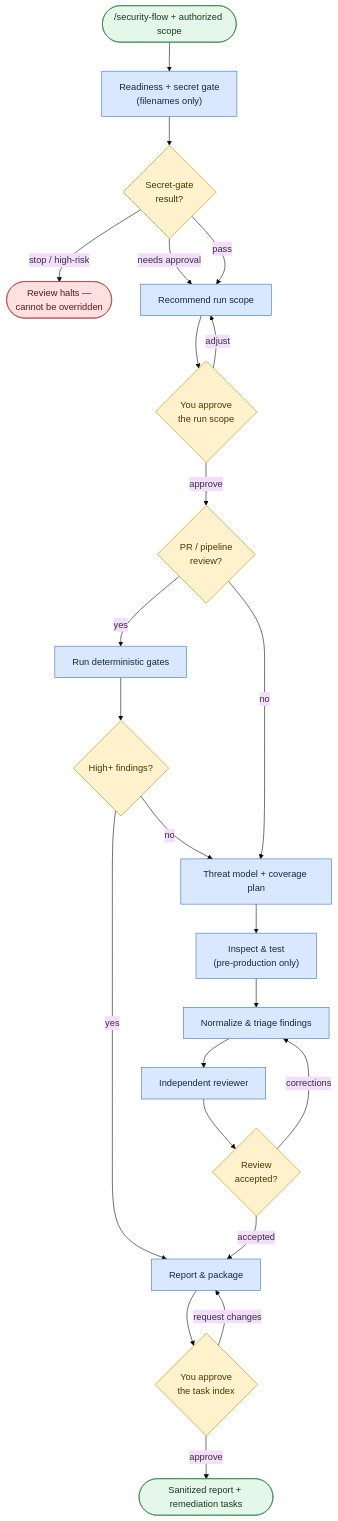
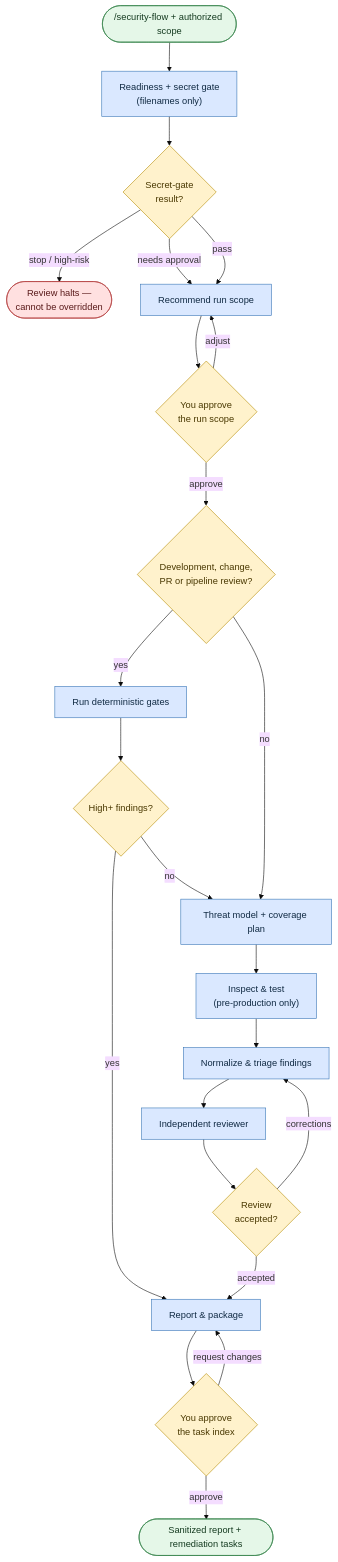
One commit to atomicdjt/rosetta changed the diagram in user-guide/scenarios/security-review.md. Above: the diagram before and after it, drawn with Mermaid (base theme). The commit also changed other lines of this file and 86 other files, not shown here.

````diff
--- a/user-guide/scenarios/security-review.md
+++ b/user-guide/scenarios/security-review.md
@@ -23,34 +23,34 @@
 ```mermaid
 flowchart TB
     Start(["/security-flow + authorized scope"]) --> Ready["Readiness + secret gate <br>(filenames only)"]
     Ready --> SG{"Secret-gate <br>result?"}
     SG -->|stop / high-risk| Halt(["Review halts — <br>cannot be overridden"])
     SG -->|needs approval| Auth["Recommend run scope"]
     SG -->|pass| Auth
     Auth --> G1{"You approve <br>the run scope"}
     G1 -->|adjust| Auth
-    G1 -->|approve| DG{"PR / pipeline <br>review?"}
+    G1 -->|approve| DG{"Development, change, <br>PR or pipeline review?"}
     DG -->|yes| Gates["Run deterministic gates"]
     DG -->|no| Model["Threat model + coverage plan"]
     Gates --> GR{"High+ findings?"}
     GR -->|yes| Package["Report & package"]
     GR -->|no| Model
     Model --> Inspect["Inspect & test <br>(pre-production only)"]
     Inspect --> Triage["Normalize & triage findings"]
     Triage --> Indep["Independent reviewer"]
     Indep --> IR{"Review <br>accepted?"}
     IR -->|corrections| Triage
     IR -->|accepted| Package
     Package --> G2{"You approve <br>the task index"}
     G2 -->|request changes| Package
     G2 -->|approve| Done(["Sanitized report + remediation tasks"])
 
     classDef step fill:#dae8ff,stroke:#3674b5,color:#102a43;
     classDef gate fill:#fff2cc,stroke:#b58b00,color:#493800;
     classDef done fill:#e5f7e8,stroke:#35834a,color:#153b20;
     classDef halt fill:#ffe0e0,stroke:#b54040,color:#5a1a1a;
     class Ready,Auth,Gates,Model,Inspect,Triage,Indep,Package step;
     class SG,G1,DG,GR,IR,G2 gate;
     class Start,Done done;
     class Halt halt;
 ```
````
